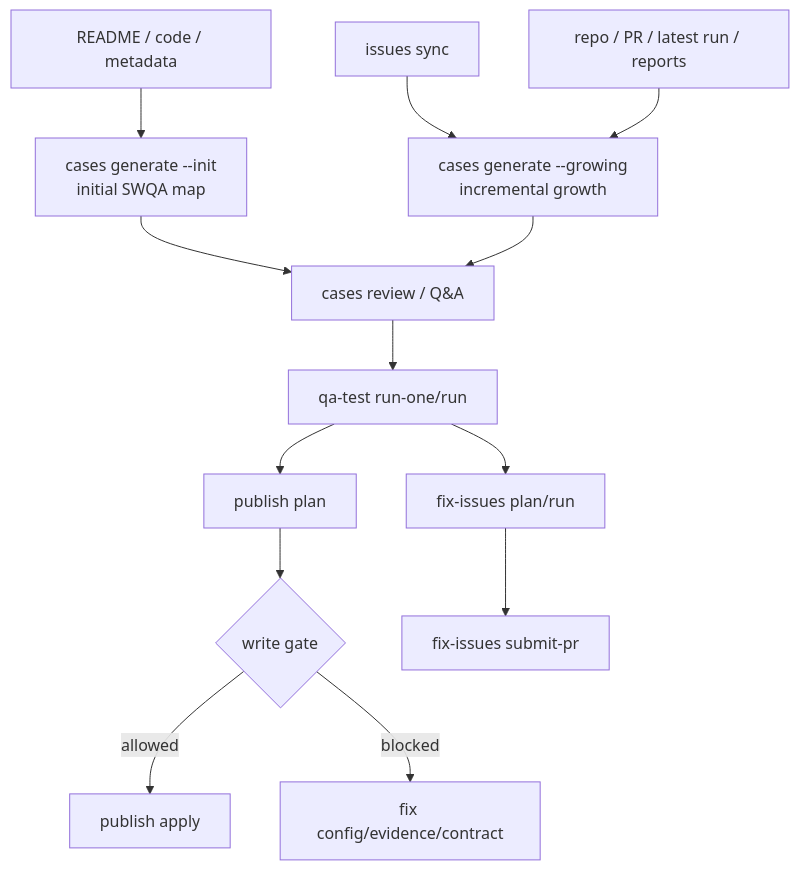
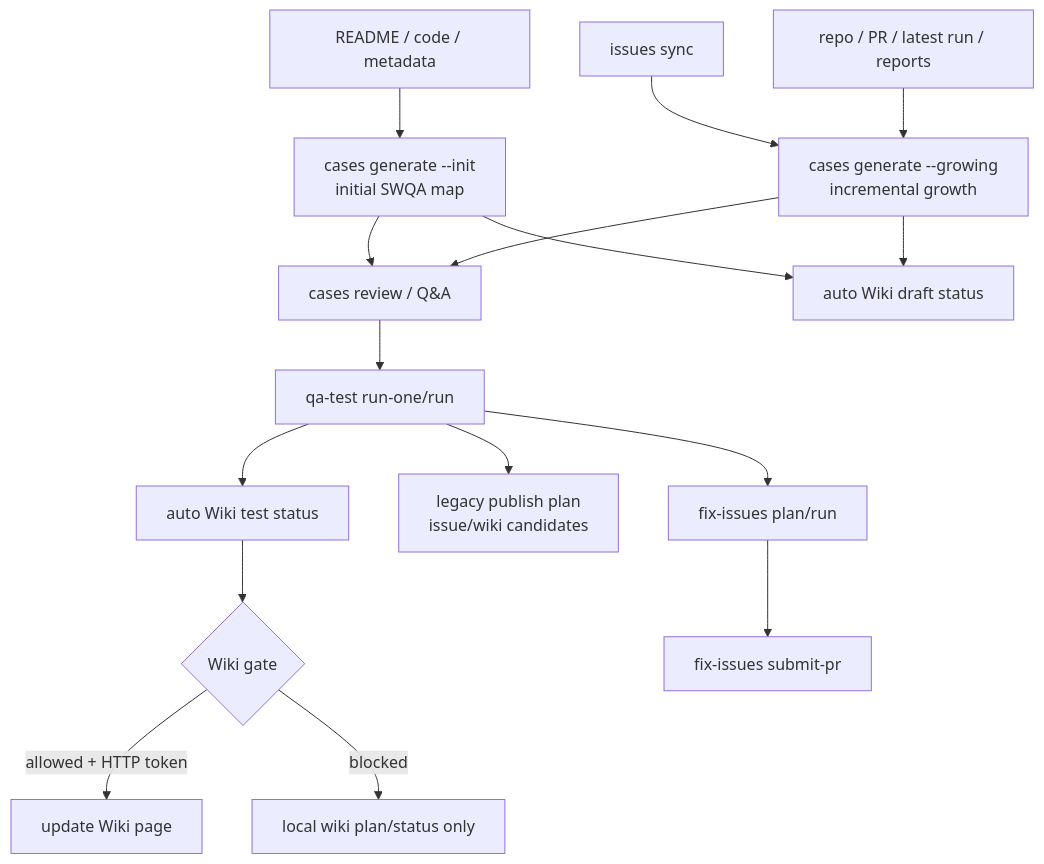
The second of 2 diagrams in README.md (siriChiu/quality-assurance-AI-system-testing), drawn with Mermaid before and after one commit. The commit also changed other lines of this file and 15 other files, not shown here.

````diff
--- a/README.md
+++ b/README.md
@@ -38,15 +39,18 @@
 ```mermaid
 flowchart TD
   A["issues sync"] --> B["cases generate --growing<br/>incremental growth"]
   Z0["README / code / metadata"] --> B0["cases generate --init<br/>initial SWQA map"]
   Z["repo / PR / latest run / reports"] --> B
   B0 --> C["cases review / Q&A"]
   B --> C
   C --> D["qa-test run-one/run"]
-  D --> E["publish plan"]
-  E --> F{"write gate"}
-  F -->|allowed| G["publish apply"]
-  F -->|blocked| H["fix config/evidence/contract"]
+  B0 --> W0["auto Wiki draft status"]
+  B --> W0
+  D --> W1["auto Wiki test status"]
+  W1 --> F{"Wiki gate"}
+  F -->|allowed + HTTP token| G["update Wiki page"]
+  F -->|blocked| H["local wiki plan/status only"]
+  D --> E["legacy publish plan<br/>issue/wiki candidates"]
   D --> I["fix-issues plan/run"]
   I --> J["fix-issues submit-pr"]
 ```
````
